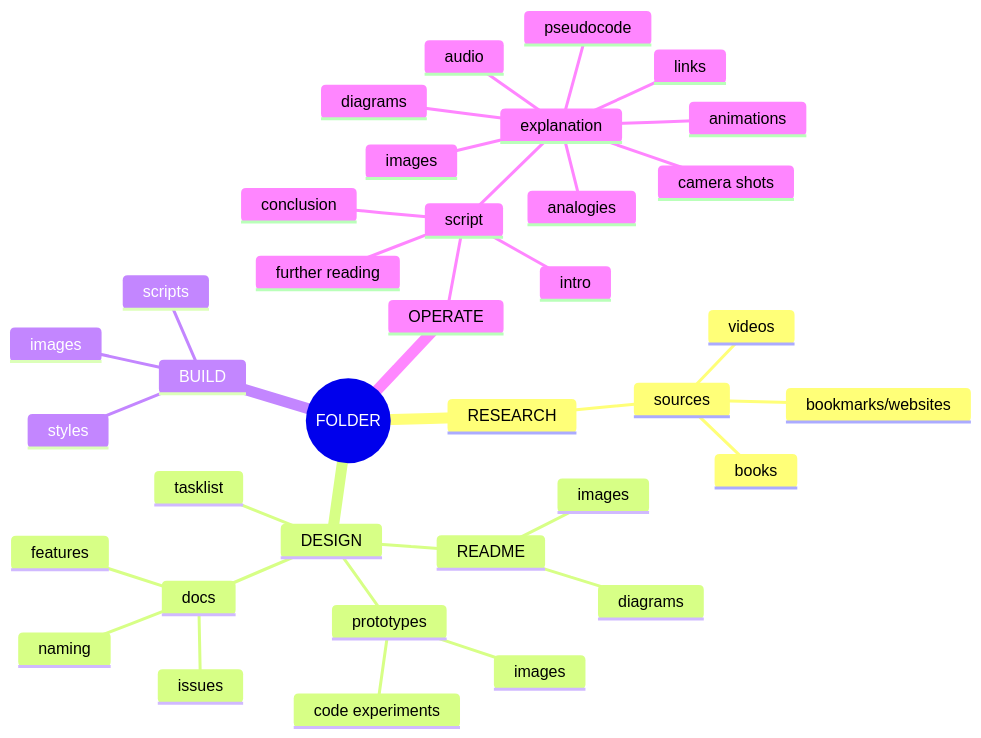
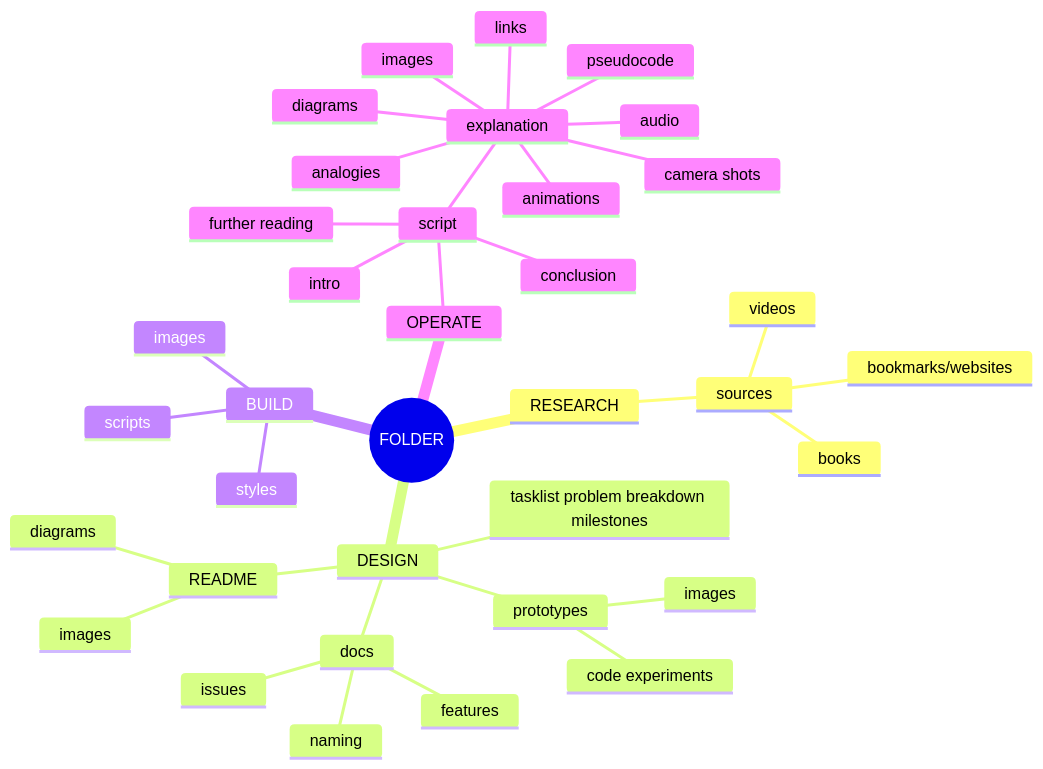
Before and after one commit to mortonmills/1960s: the diagram in question/overview.md, drawn with Mermaid. The commit also changed 5 other files, not shown here.

````diff
--- a/question/overview.md
+++ b/question/overview.md
@@ -2,39 +2,39 @@
 ```mermaid
 mindmap
 root((FOLDER))
     RESEARCH
         sources
             bookmarks/websites
             books
             videos
     DESIGN
         README
             diagrams
             images
-        tasklist
+        tasklist problem breakdown milestones
         prototypes
             images
             code experiments
         docs
             issues
             features
             naming
     BUILD
         images
         scripts
         styles
     OPERATE
             script
                 intro
                 explanation
                     pseudocode
                     images
                     links
                     camera shots
                     animations 
                     audio
                     analogies
                     diagrams
                 conclusion
                 further reading
 ```
````
